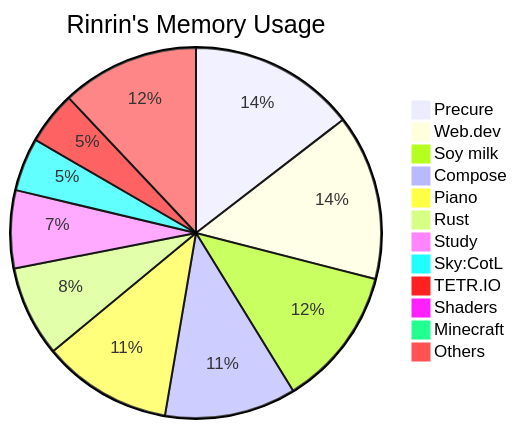
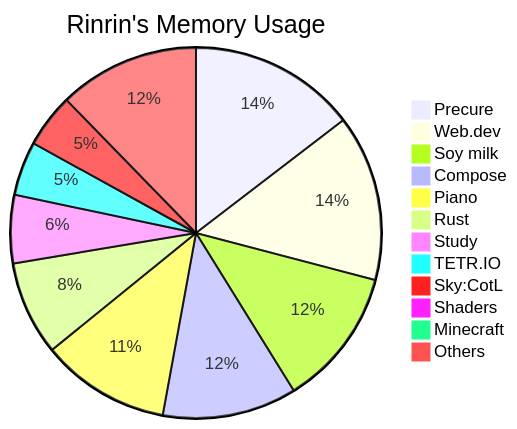
The diagram in README.md (Rinrin0413/Rinrin0413), drawn with Mermaid before and after one commit.

Commit message:
🛠 Update: Rinrin's Memory Usage

````diff
--- a/README.md
+++ b/README.md
@@ -76,15 +76,15 @@
 ```mermaid
 pie title Rinrin's Memory Usage
-    "Precure": 599
-    "Web.dev": 595
-    "Soy milk": 503
+    "Precure": 588
+    "Web.dev": 584
+    "Soy milk": 487
     "Compose": 472
-    "Piano": 466
-    "Rust": 326
-    "Study": 280
-    "Sky:CotL": 191
+    "Piano": 454
+    "Rust": 331
+    "Study": 240
     "TETR.IO": 190
+    "Sky:CotL": 189
     "Shaders": 30
     "Minecraft": 30
     "Others": 495
 ```
````
